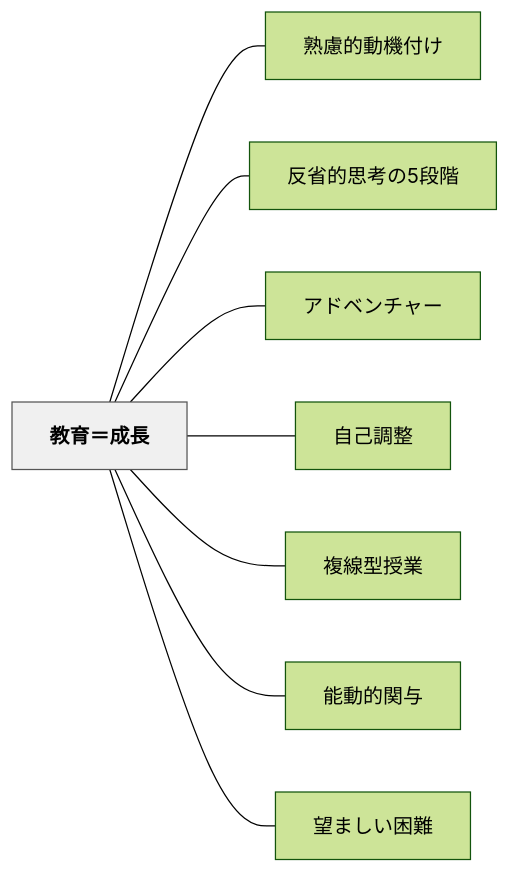
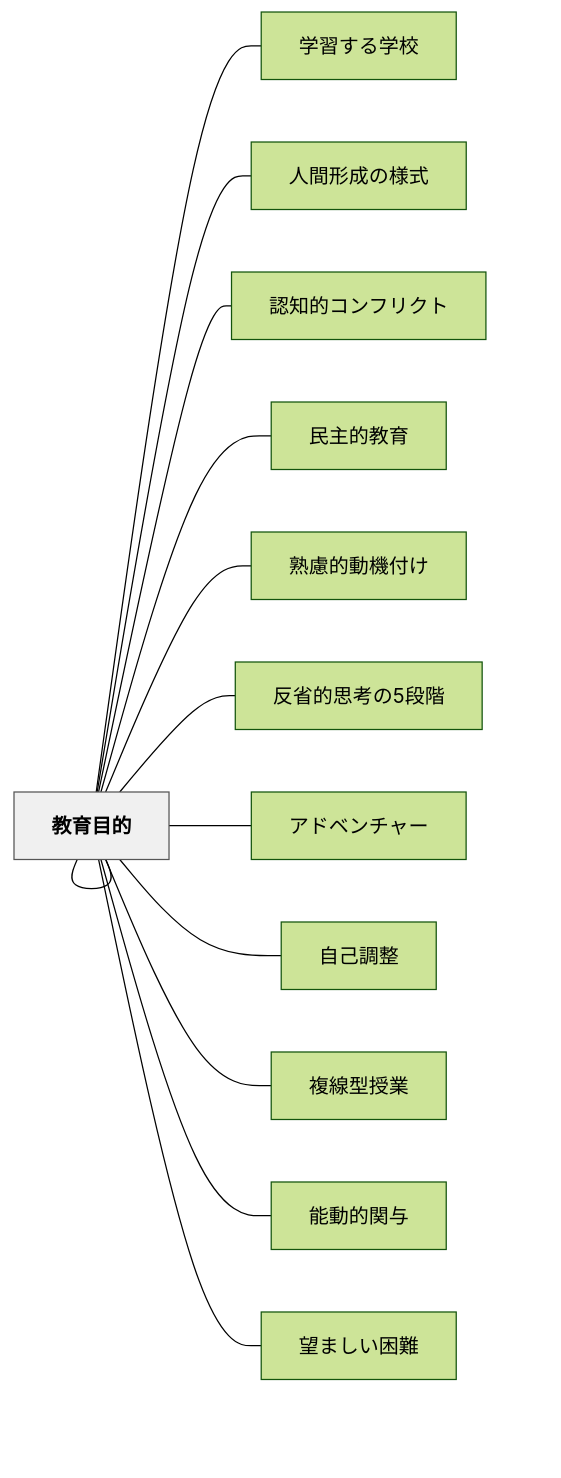
One commit to unknownthings-ed-patterns/unknownthings-ed-patterns changed the diagram in content/パタン/教育＝成長.md. Above: the diagram before and after it, drawn with Mermaid (forest theme). The commit also changed other lines of this file and 473 other files, not shown here.

````diff
--- a/content/パタン/教育＝成長.md
+++ b/content/パタン/教育＝成長.md
@@ -140,22 +145,32 @@
 ```mermaid
 flowchart LR
     ne69599e882b2["教育＝成長"]
+    ne5ada6e7bf92["学習する学校"]
+    ne69599e882b2["教育目的"]
+    ne4babae99693["人間形成の様式"]
+    ne8aa8de79fa5["認知的コンフリクト"]
+    ne6b091e4b8bb["民主的教育"]
     ne7869fe685ae["熟慮的動機付け"]
     ne58f8de79c81["反省的思考の5段階"]
     ne382a2e38389["アドベンチャー"]
     ne887aae5b7b1["自己調整"]
     ne8a487e7b79a["複線型授業"]
     ne883bde58b95["能動的関与"]
     ne69c9be381be["望ましい困難"]
 
+    ne69599e882b2 --- ne5ada6e7bf92
+    ne69599e882b2 --- ne69599e882b2
+    ne69599e882b2 --- ne4babae99693
+    ne69599e882b2 --- ne8aa8de79fa5
+    ne69599e882b2 --- ne6b091e4b8bb
     ne69599e882b2 --- ne7869fe685ae
     ne69599e882b2 --- ne58f8de79c81
     ne69599e882b2 --- ne382a2e38389
     ne69599e882b2 --- ne887aae5b7b1
     ne69599e882b2 --- ne8a487e7b79a
     ne69599e882b2 --- ne883bde58b95
     ne69599e882b2 --- ne69c9be381be
 
     classDef hub fill:#f0f0f0,stroke:#555,color:#000,font-weight:bold
     class ne69599e882b2 hub
 ```
````
